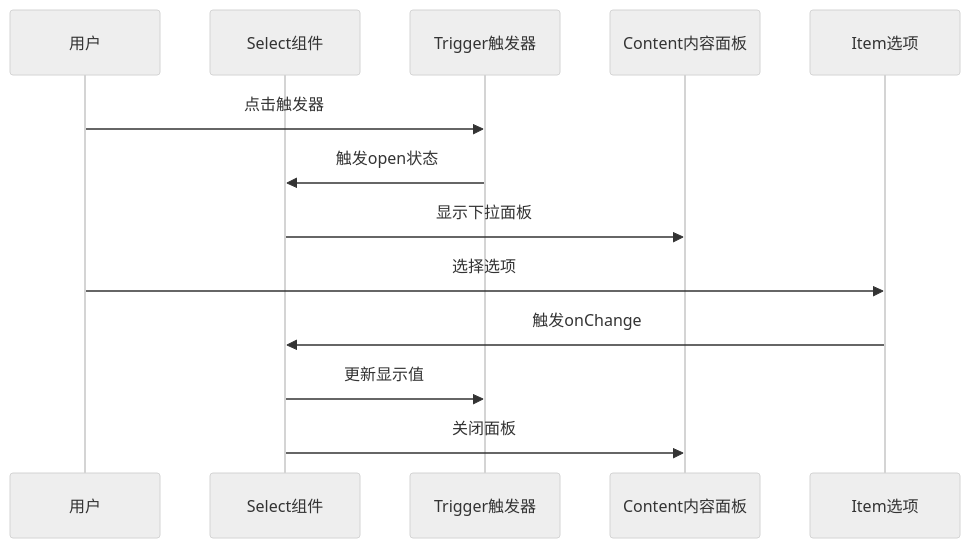
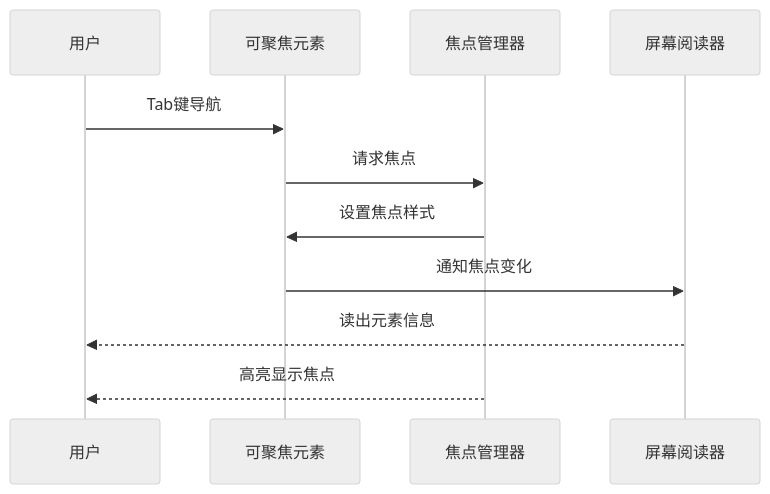
Diagram 14 of 24 in .qoder/repowiki/zh/content/开发指南/UI_UX专业设计系统.md (RadiumAg/bilibili-favorites), drawn with Mermaid (neutral theme) before and after one commit. The commit also changed other lines of this file and 21 other files, not shown here.

````diff
--- a/.qoder/repowiki/zh/content/开发指南/UI_UX专业设计系统.md
+++ b/.qoder/repowiki/zh/content/开发指南/UI_UX专业设计系统.md
@@ -475,15 +543,13 @@
 ```mermaid
 sequenceDiagram
-participant U as 用户
-participant S as Select组件
-participant T as Trigger触发器
-participant C as Content内容面板
-participant I as Item选项
-U->>T : 点击触发器
-T->>S : 触发open状态
-S->>C : 显示下拉面板
-U->>I : 选择选项
-I->>S : 触发onChange
-S->>T : 更新显示值
-S->>C : 关闭面板
+participant User as 用户
+participant Element as 可聚焦元素
+participant FocusManager as 焦点管理器
+participant ScreenReader as 屏幕阅读器
+User->>Element : Tab键导航
+Element->>FocusManager : 请求焦点
+FocusManager->>Element : 设置焦点样式
+Element->>ScreenReader : 通知焦点变化
+ScreenReader-->>User : 读出元素信息
+FocusManager-->>User : 高亮显示焦点
 ```
````
